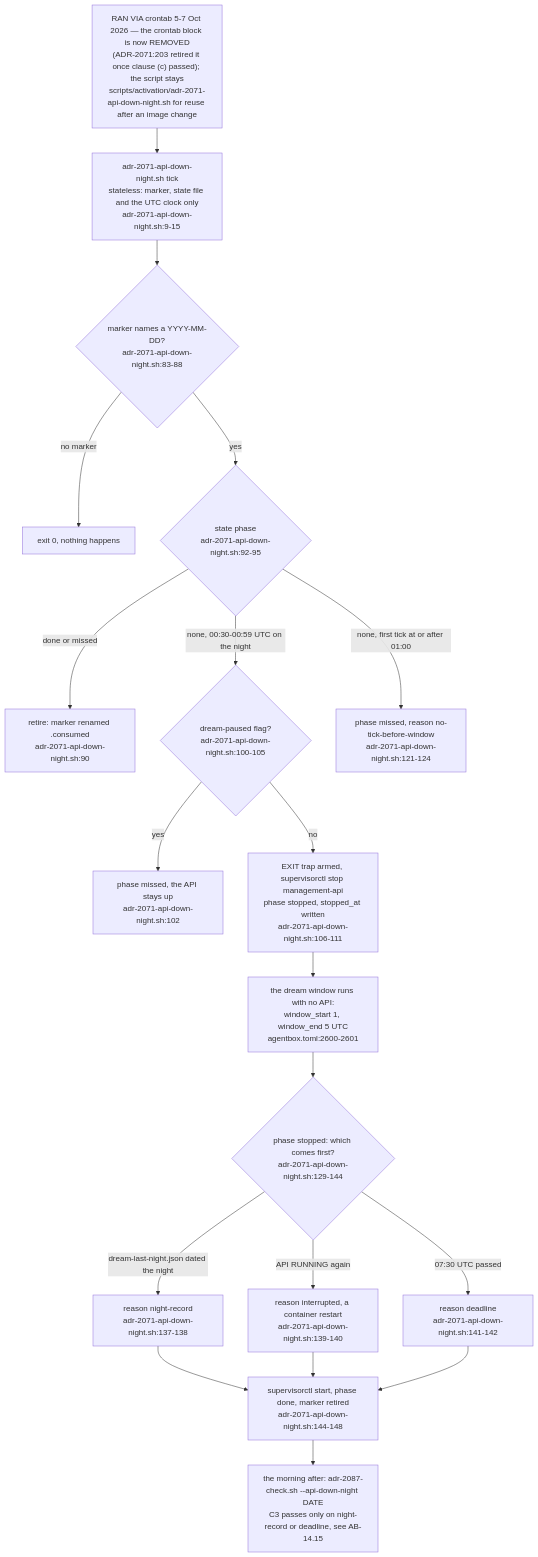
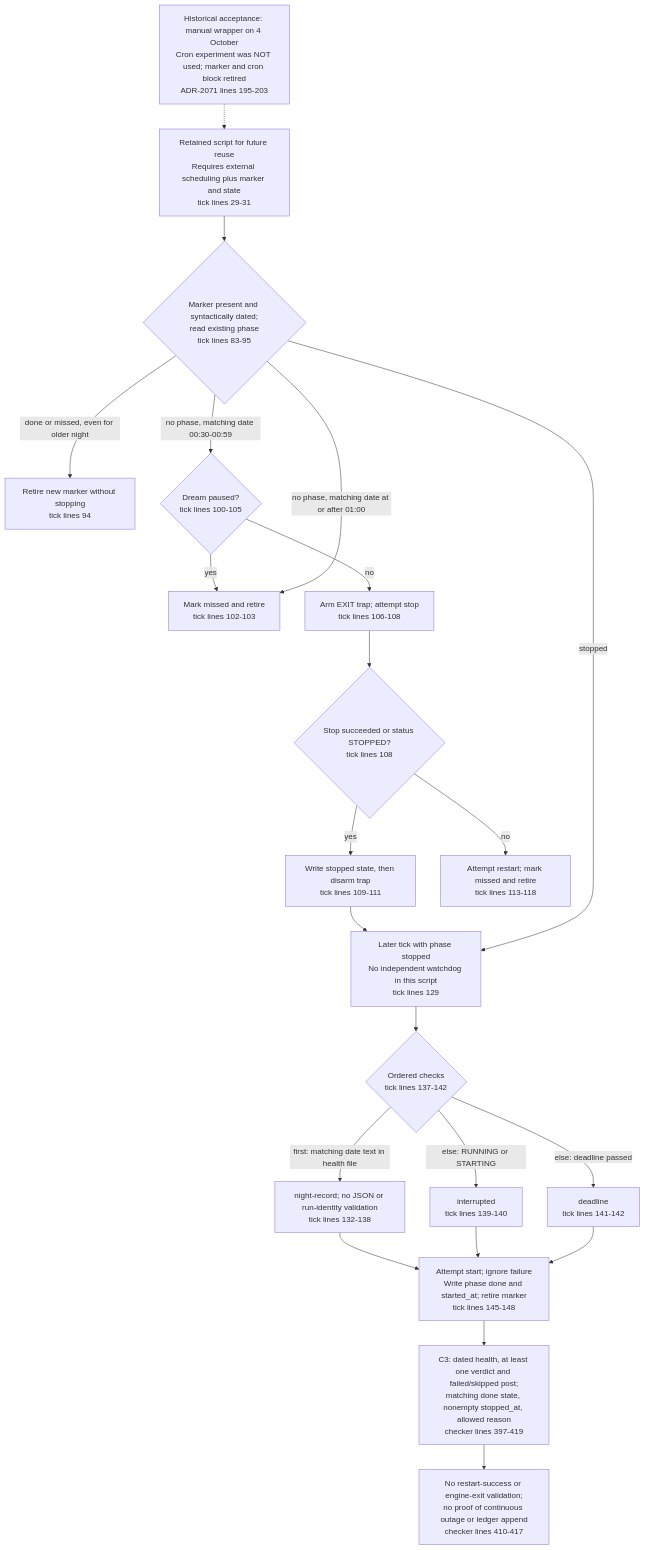
Diagram 19 of 23 in docs/diagrams/agentbox/23-dream-engine.md (DreamLab-AI/VisionFlow), drawn with Mermaid before and after one commit. The commit also changed other lines of this file and 20 other files, not shown here.

Commit message:
docs: audit dream journal delivery and API-down evidence

````diff
--- a/docs/diagrams/agentbox/23-dream-engine.md
+++ b/docs/diagrams/agentbox/23-dream-engine.md
@@ -742,22 +746,44 @@
 ```mermaid
 flowchart TB
-    CRON["RAN VIA crontab 5-7 Oct 2026 — the crontab block is now REMOVED<br/>#40;ADR-2071:203 retired it once clause #40;c#41; passed#41;; the script stays<br/>scripts/activation/adr-2071-api-down-night.sh for reuse after an image change"]
-    CRON --> TICK["adr-2071-api-down-night.sh tick<br/>stateless: marker, state file and the UTC clock only<br/>adr-2071-api-down-night.sh:9-15"]
-    TICK --> MK{"marker names a YYYY-MM-DD?<br/>adr-2071-api-down-night.sh:83-88"}
-    MK -->|"no marker"| NOOP["exit 0, nothing happens"]
-    MK -->|"yes"| PH{"state phase<br/>adr-2071-api-down-night.sh:92-95"}
-    PH -->|"done or missed"| RET["retire: marker renamed .consumed<br/>adr-2071-api-down-night.sh:90"]
-    PH -->|"none, 00:30-00:59 UTC on the night"| PAUSE{"dream-paused flag?<br/>adr-2071-api-down-night.sh:100-105"}
-    PAUSE -->|"yes"| MISS["phase missed, the API stays up<br/>adr-2071-api-down-night.sh:102"]
-    PAUSE -->|"no"| STOP["EXIT trap armed, supervisorctl stop management-api<br/>phase stopped, stopped_at written<br/>adr-2071-api-down-night.sh:106-111"]
-    PH -->|"none, first tick at or after 01:00"| MISS2["phase missed, reason no-tick-before-window<br/>adr-2071-api-down-night.sh:121-124"]
-    STOP --> NIGHT["the dream window runs with no API:<br/>window_start 1, window_end 5 UTC<br/>agentbox.toml:2600-2601"]
-    NIGHT --> RS{"phase stopped: which comes first?<br/>adr-2071-api-down-night.sh:129-144"}
-    RS -->|"dream-last-night.json dated the night"| R1["reason night-record<br/>adr-2071-api-down-night.sh:137-138"]
-    RS -->|"API RUNNING again"| R2["reason interrupted, a container restart<br/>adr-2071-api-down-night.sh:139-140"]
-    RS -->|"07:30 UTC passed"| R3["reason deadline<br/>adr-2071-api-down-night.sh:141-142"]
-    R1 --> START["supervisorctl start, phase done, marker retired<br/>adr-2071-api-down-night.sh:144-148"]
-    R2 --> START
-    R3 --> START
-    START --> CHK["the morning after: adr-2087-check.sh --api-down-night DATE<br/>C3 passes only on night-record or deadline, see AB-14.15"]
+    %% ADR-2071-journal-the-nightly-dream-cycle.md:195-203
+    %% adr-2071-api-down-night.sh:29-31
+    %% adr-2071-api-down-night.sh:83-95
+    %% adr-2071-api-down-night.sh:94
+    %% adr-2071-api-down-night.sh:100-105
+    %% adr-2071-api-down-night.sh:102-103
+    %% adr-2071-api-down-night.sh:106-108
+    %% adr-2071-api-down-night.sh:108
+    %% adr-2071-api-down-night.sh:109-111
+    %% adr-2071-api-down-night.sh:113-118
+    %% adr-2071-api-down-night.sh:129
+    %% adr-2071-api-down-night.sh:137-142
+    %% adr-2071-api-down-night.sh:132-138
+    %% adr-2071-api-down-night.sh:139-140
+    %% adr-2071-api-down-night.sh:141-142
+    %% adr-2071-api-down-night.sh:145-148
+    %% adr-2087-check.sh:397-419
+    %% adr-2087-check.sh:410-417
+    %% adr-2071-api-down-night.sh:121-124
+    HIST["Historical acceptance: manual wrapper on 4 October<br/>Cron experiment was NOT used; marker and cron block retired<br/>ADR-2071 lines 195-203"]
+    HIST -.-> TICK["Retained script for future reuse<br/>Requires external scheduling plus marker and state<br/>tick lines 29-31"]
+    TICK --> PH{"Marker present and syntactically dated;<br/>read existing phase<br/>tick lines 83-95"}
+    PH -->|"done or missed, even for older night"| RET["Retire new marker without stopping<br/>tick lines 94"]
+    PH -->|"no phase, matching date 00:30-00:59"| PAUSE{"Dream paused?<br/>tick lines 100-105"}
+    PAUSE -->|"yes"| MISS["Mark missed and retire<br/>tick lines 102-103"]
+    PAUSE -->|"no"| TRY["Arm EXIT trap; attempt stop<br/>tick lines 106-108"]
+    TRY --> OK{"Stop succeeded or status STOPPED?<br/>tick lines 108"}
+    OK -->|"yes"| STOP["Write stopped state, then disarm trap<br/>tick lines 109-111"]
+    OK -->|"no"| STOPFAIL["Attempt restart; mark missed and retire<br/>tick lines 113-118"]
+    PH -->|"no phase, matching date at or after 01:00"| MISS
+    STOP --> LATER["Later tick with phase stopped<br/>No independent watchdog in this script<br/>tick lines 129"]
+    PH -->|"stopped"| LATER
+    LATER --> WHY{"Ordered checks<br/>tick lines 137-142"}
+    WHY -->|"first: matching date text in health file"| REC["night-record; no JSON or run-identity validation<br/>tick lines 132-138"]
+    WHY -->|"else: RUNNING or STARTING"| INT["interrupted<br/>tick lines 139-140"]
+    WHY -->|"else: deadline passed"| DEAD["deadline<br/>tick lines 141-142"]
+    REC --> START["Attempt start; ignore failure<br/>Write phase done and started_at; retire marker<br/>tick lines 145-148"]
+    INT --> START
+    DEAD --> START
+    START --> C3["C3: dated health, at least one verdict and failed/skipped post;<br/>matching done state, nonempty stopped_at, allowed reason<br/>checker lines 397-419"]
+    C3 --> LIMIT["No restart-success or engine-exit validation;<br/>no proof of continuous outage or ledger append<br/>checker lines 410-417"]
 ```
````
